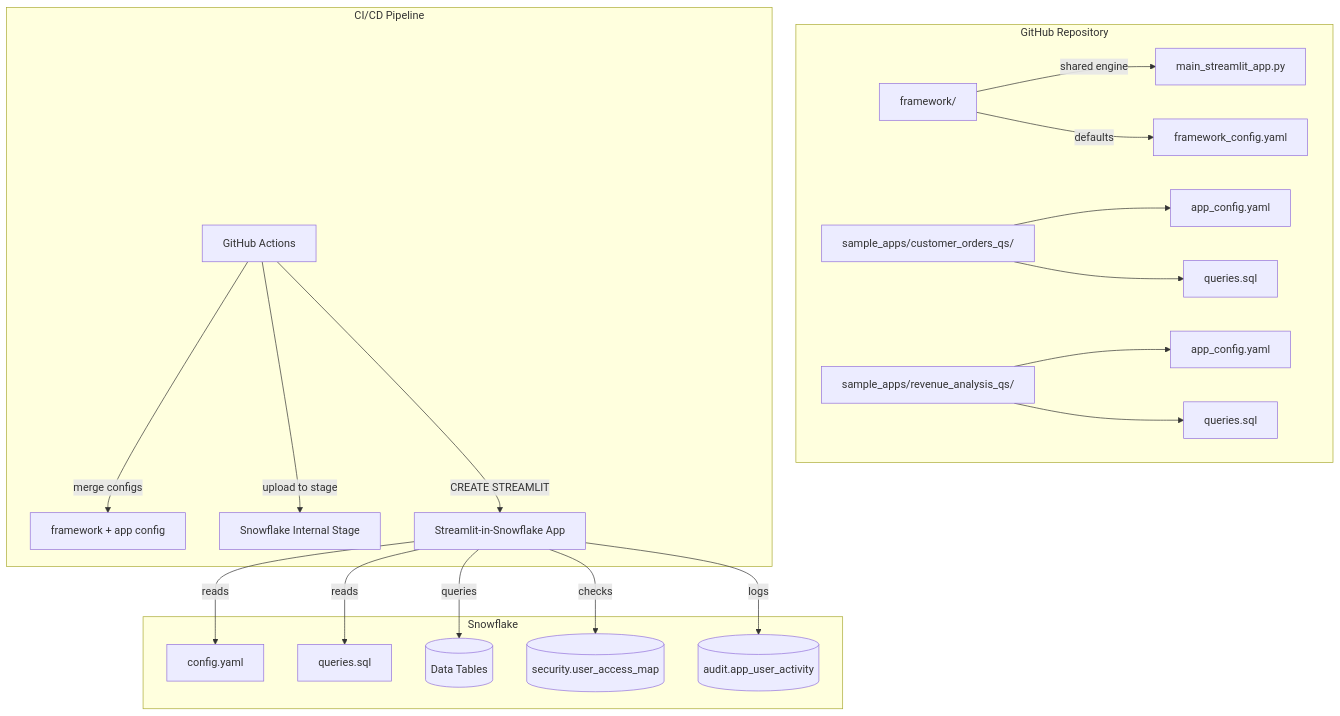
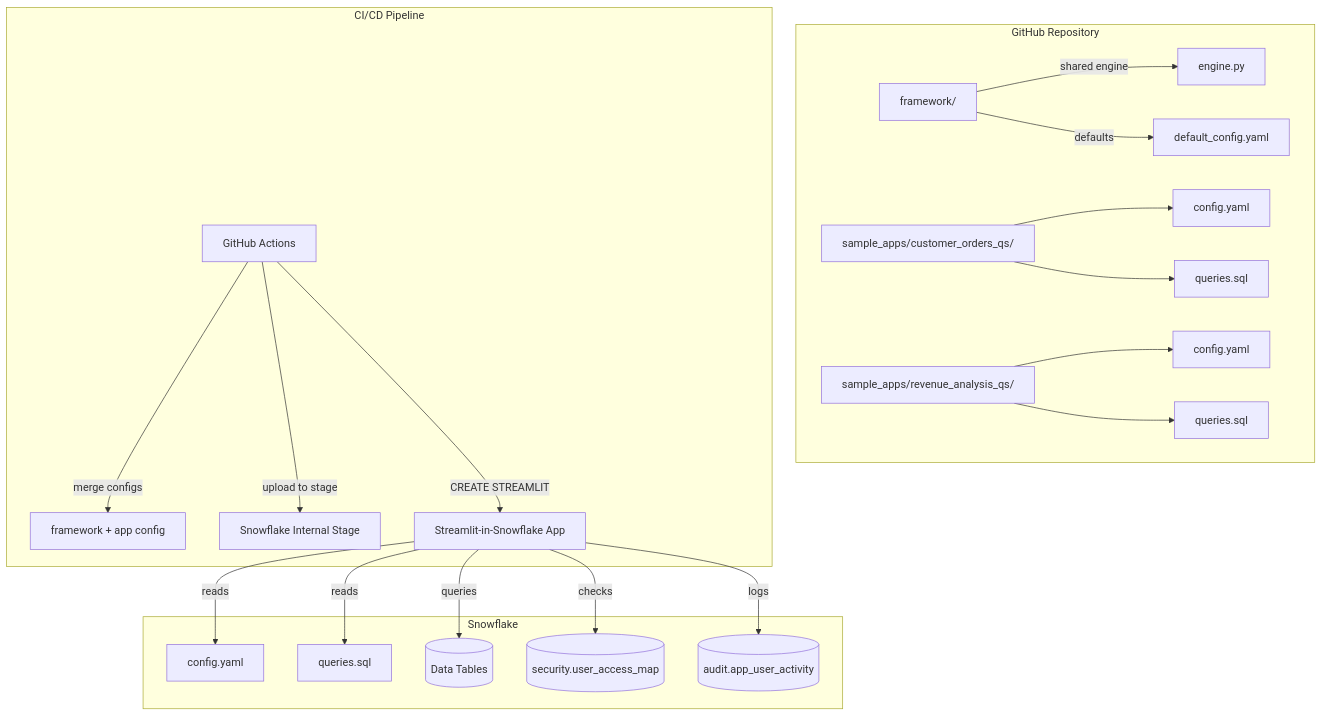
One commit to kannena/streamlit-app-as-code changed the diagram in README.md. Above: the diagram before and after it, drawn with Mermaid. The commit also changed other lines of this file and 18 other files, not shown here.

````diff
--- a/README.md
+++ b/README.md
@@ -19,25 +19,25 @@
 ```mermaid
 graph TD
     subgraph "GitHub Repository"
-        FW[framework/] --> |shared engine| ENGINE[main_streamlit_app.py]
-        FW --> |defaults| FWCFG[framework_config.yaml]
-        APP1[sample_apps/customer_orders_qs/] --> CFG1[app_config.yaml]
+        FW[framework/] --> |shared engine| ENGINE[engine.py]
+        FW --> |defaults| FWCFG[default_config.yaml]
+        APP1[sample_apps/customer_orders_qs/] --> CFG1[config.yaml]
         APP1 --> SQL1[queries.sql]
-        APP2[sample_apps/revenue_analysis_qs/] --> CFG2[app_config.yaml]
+        APP2[sample_apps/revenue_analysis_qs/] --> CFG2[config.yaml]
         APP2 --> SQL2[queries.sql]
     end
 
     subgraph "CI/CD Pipeline"
         GHA[GitHub Actions] --> |merge configs| MERGE[framework + app config]
         GHA --> |upload to stage| STAGE[Snowflake Internal Stage]
         GHA --> |CREATE STREAMLIT| SF_APP[Streamlit-in-Snowflake App]
     end
 
     subgraph "Snowflake"
         SF_APP --> |reads| MERGED_CFG[config.yaml]
         SF_APP --> |reads| SQL_TPL[queries.sql]
         SF_APP --> |queries| TABLES[(Data Tables)]
         SF_APP --> |checks| SEC[(security.user_access_map)]
         SF_APP --> |logs| AUDIT[(audit.app_user_activity)]
     end
 ```
````
